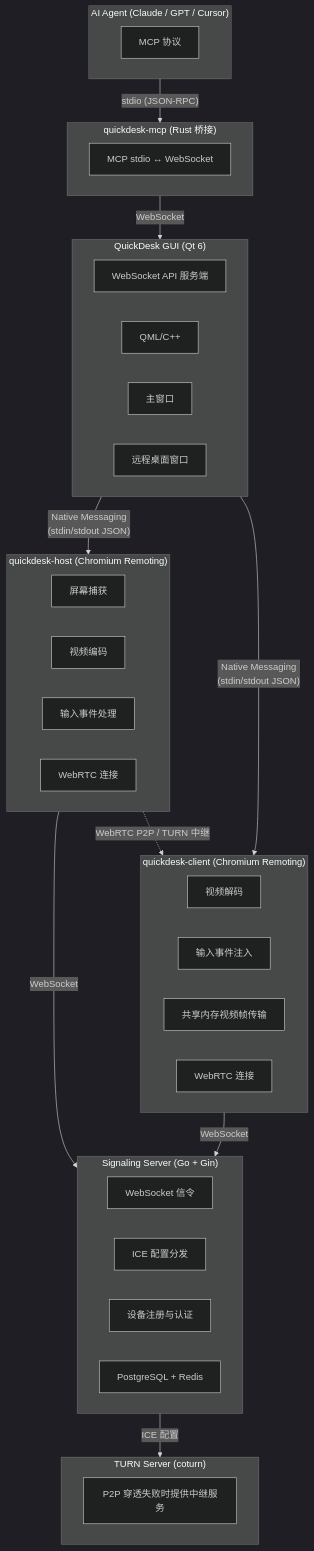
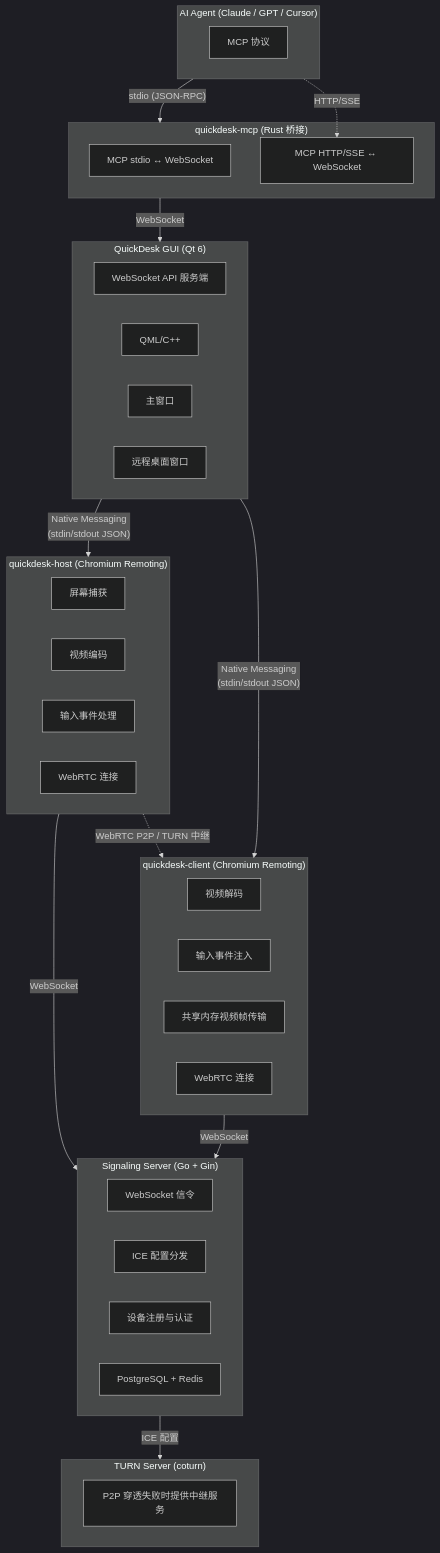
Before and after one commit to qx23181-bit/QuickDesk-v2: the diagram in README_zh.md, drawn with Mermaid (dark theme). The commit also changed other lines of this file and 24 other files, not shown here.

Commit message:
feat: mcp support http/sse

````diff
--- a/README_zh.md
+++ b/README_zh.md
@@ -157,52 +160,54 @@
 ```mermaid
 graph TD
     subgraph AI["AI Agent (Claude / GPT / Cursor)"]
         A1["MCP 协议"]
     end
 
     subgraph MCP["quickdesk-mcp (Rust 桥接)"]
         M1["MCP stdio ↔ WebSocket"]
+        M2["MCP HTTP/SSE ↔ WebSocket"]
     end
 
     subgraph GUI["QuickDesk GUI (Qt 6)"]
         direction LR
         WS["WebSocket API 服务端"]
         QML["QML/C++"]
         MainWin["主窗口"]
         RemoteWin["远程桌面窗口"]
     end
 
     subgraph Host["quickdesk-host (Chromium Remoting)"]
         H1["屏幕捕获"]
         H2["视频编码"]
         H3["输入事件处理"]
         H4["WebRTC 连接"]
     end
 
     subgraph Client["quickdesk-client (Chromium Remoting)"]
         C1["视频解码"]
         C2["输入事件注入"]
         C3["共享内存视频帧传输"]
         C4["WebRTC 连接"]
     end
 
     subgraph Signaling["Signaling Server (Go + Gin)"]
         S1["WebSocket 信令"]
         S2["ICE 配置分发"]
         S3["设备注册与认证"]
         S4["PostgreSQL + Redis"]
     end
 
     subgraph TURN["TURN Server (coturn)"]
         T1["P2P 穿透失败时提供中继服务"]
     end
 
     AI -- "stdio (JSON-RPC)" --> MCP
+    AI -. "HTTP/SSE" .-> M2
     MCP -- "WebSocket" --> WS
     GUI -- "Native Messaging\n(stdin/stdout JSON)" --> Host
     GUI -- "Native Messaging\n(stdin/stdout JSON)" --> Client
     Host -- "WebSocket" --> Signaling
     Client -- "WebSocket" --> Signaling
     Signaling -- "ICE 配置" --> TURN
     Host -. "WebRTC P2P / TURN 中继" .-> Client
 ```
````
